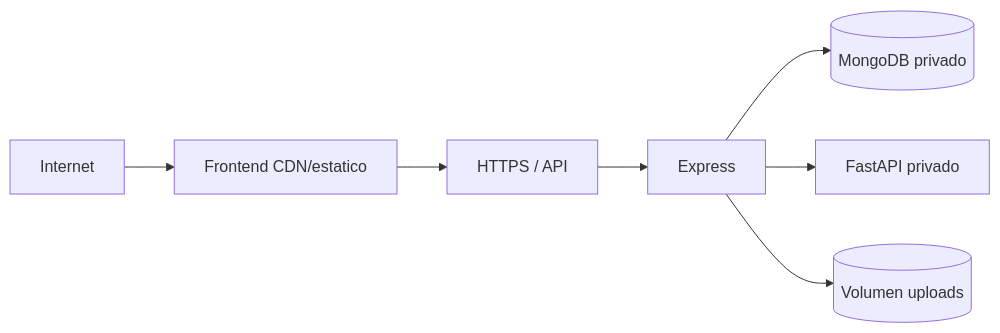
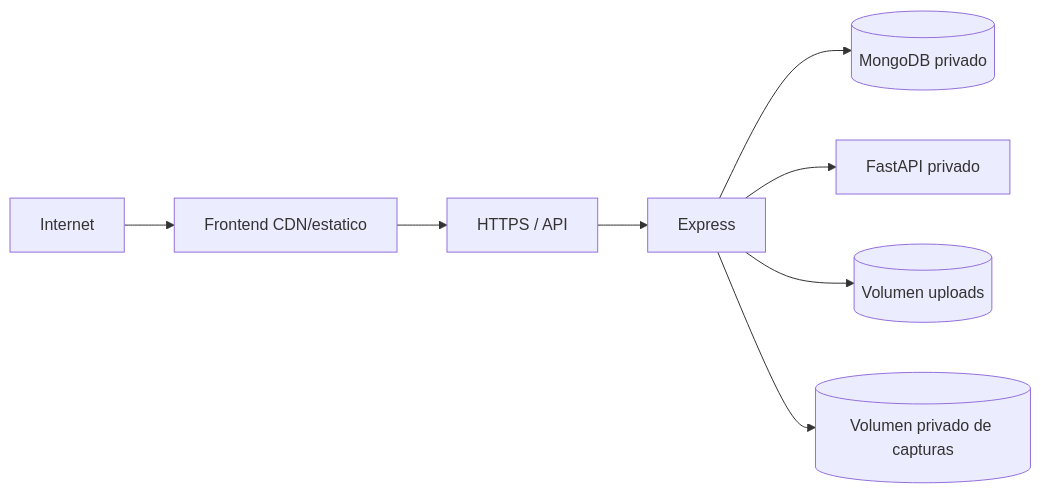
The diagram in docs/operations/deployment.md (Thiven0/QR), drawn with Mermaid before and after one commit. The commit also changed other lines of this file and 23 other files, not shown here.

````diff
--- a/docs/operations/deployment.md
+++ b/docs/operations/deployment.md
@@ -5,9 +5,10 @@
 ```mermaid
 flowchart LR
     Internet --> Front[Frontend CDN/estatico]
     Front --> Proxy[HTTPS / API]
     Proxy --> API[Express]
     API --> Mongo[(MongoDB privado)]
     API --> Face[FastAPI privado]
     API --> Volume[(Volumen uploads)]
+    API --> FaceVolume[(Volumen privado de capturas)]
 ```
````
